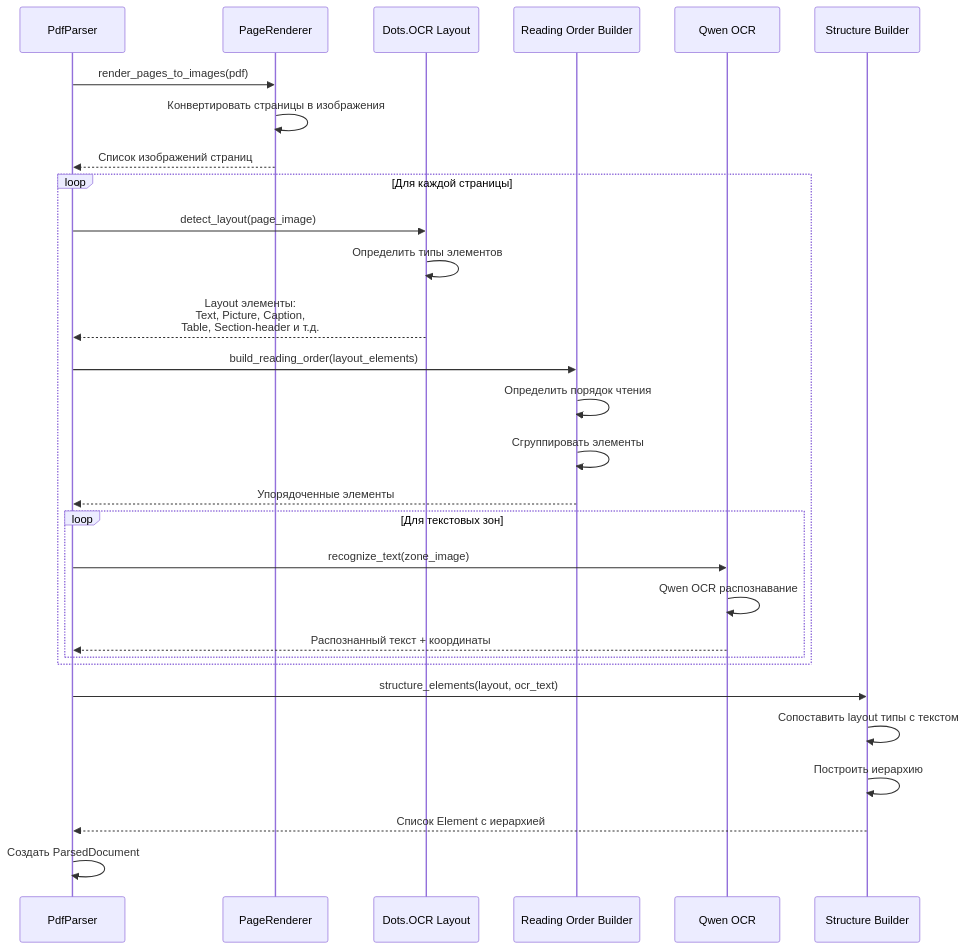
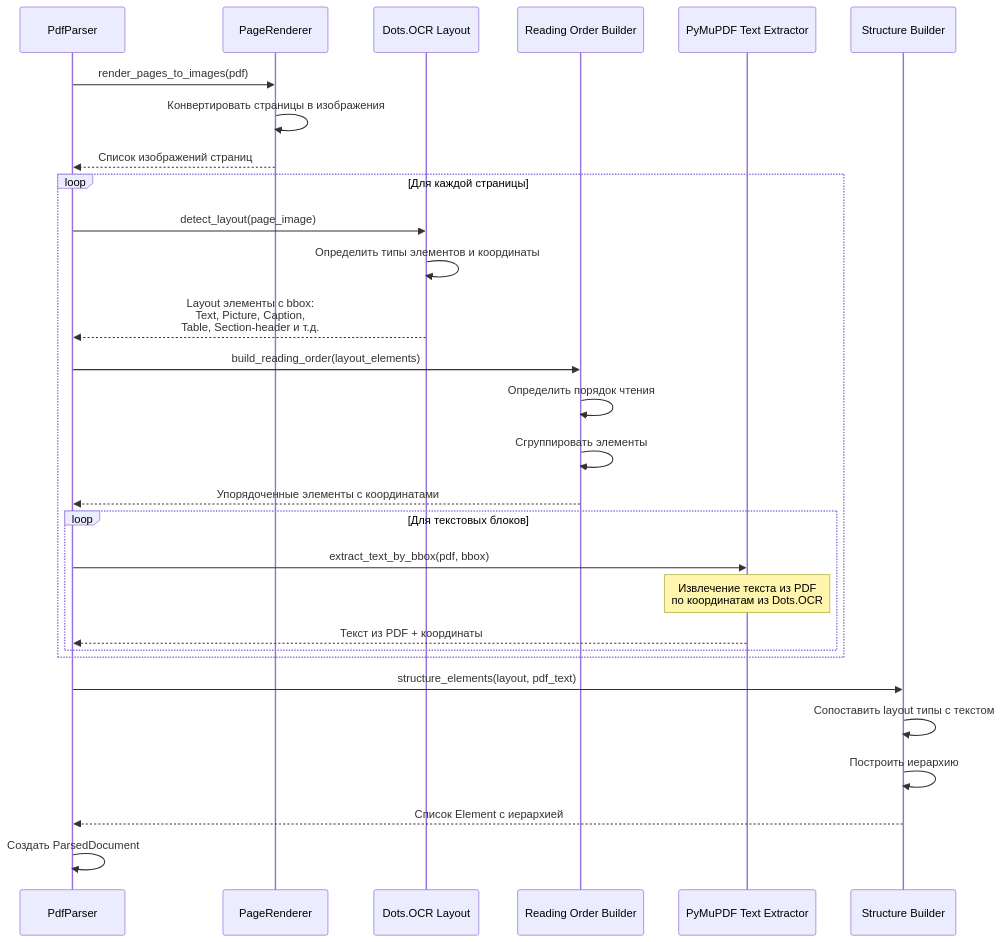
The third of 8 diagrams in docs/pdf_parser_diagram.md (aimclub/documentor), drawn with Mermaid before and after one commit. The commit also changed other lines of this file and 14 other files, not shown here.

First line of the commit message:
feat: PDF parser with layout detection and bbox visualization

````diff
--- a/docs/pdf_parser_diagram.md
+++ b/docs/pdf_parser_diagram.md
@@ -108,37 +112,37 @@
 ```mermaid
 sequenceDiagram
     participant Parser as PdfParser
     participant Renderer as PageRenderer
     participant Layout as Dots.OCR Layout
     participant ReadingOrder as Reading Order Builder
-    participant OCR as Qwen OCR
+    participant PyMuPDF as PyMuPDF Text Extractor
     participant Structure as Structure Builder
     
     Parser->>Renderer: render_pages_to_images(pdf)
     Renderer->>Renderer: Конвертировать страницы в изображения
     Renderer-->>Parser: Список изображений страниц
     
     loop Для каждой страницы
         Parser->>Layout: detect_layout(page_image)
-        Layout->>Layout: Определить типы элементов
-        Layout-->>Parser: Layout элементы:<br/>Text, Picture, Caption,<br/>Table, Section-header и т.д.
+        Layout->>Layout: Определить типы элементов и координаты
+        Layout-->>Parser: Layout элементы с bbox:<br/>Text, Picture, Caption,<br/>Table, Section-header и т.д.
         
         Parser->>ReadingOrder: build_reading_order(layout_elements)
         ReadingOrder->>ReadingOrder: Определить порядок чтения
         ReadingOrder->>ReadingOrder: Сгруппировать элементы
-        ReadingOrder-->>Parser: Упорядоченные элементы
+        ReadingOrder-->>Parser: Упорядоченные элементы с координатами
         
-        loop Для текстовых зон
-            Parser->>OCR: recognize_text(zone_image)
-            OCR->>OCR: Qwen OCR распознавание
-            OCR-->>Parser: Распознанный текст + координаты
+        loop Для текстовых блоков
+            Parser->>PyMuPDF: extract_text_by_bbox(pdf, bbox)
+            Note over PyMuPDF: Извлечение текста из PDF<br/>по координатам из Dots.OCR
+            PyMuPDF-->>Parser: Текст из PDF + координаты
         end
     end
     
-    Parser->>Structure: structure_elements(layout, ocr_text)
+    Parser->>Structure: structure_elements(layout, pdf_text)
     Structure->>Structure: Сопоставить layout типы с текстом
     Structure->>Structure: Построить иерархию
     Structure-->>Parser: Список Element с иерархией
     
     Parser->>Parser: Создать ParsedDocument
 ```
````
